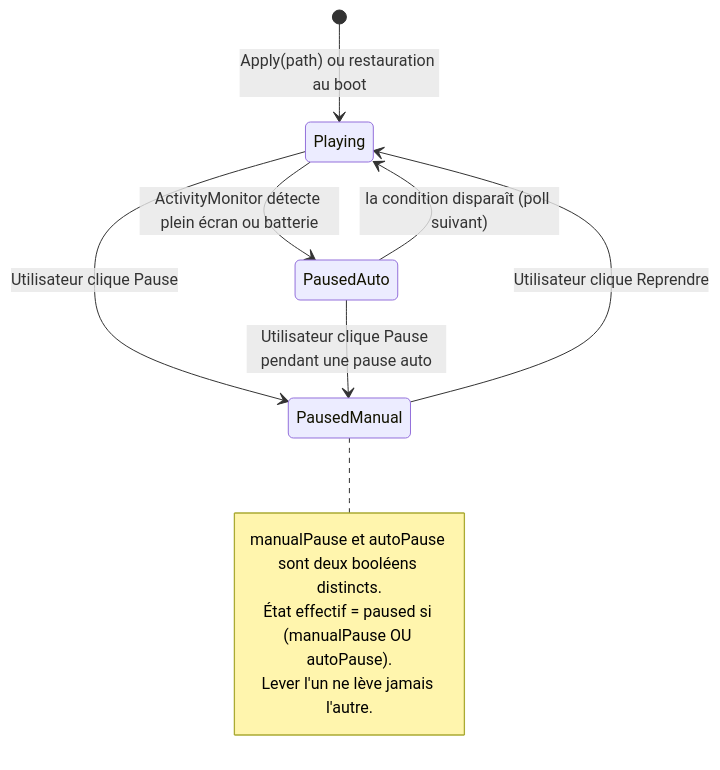
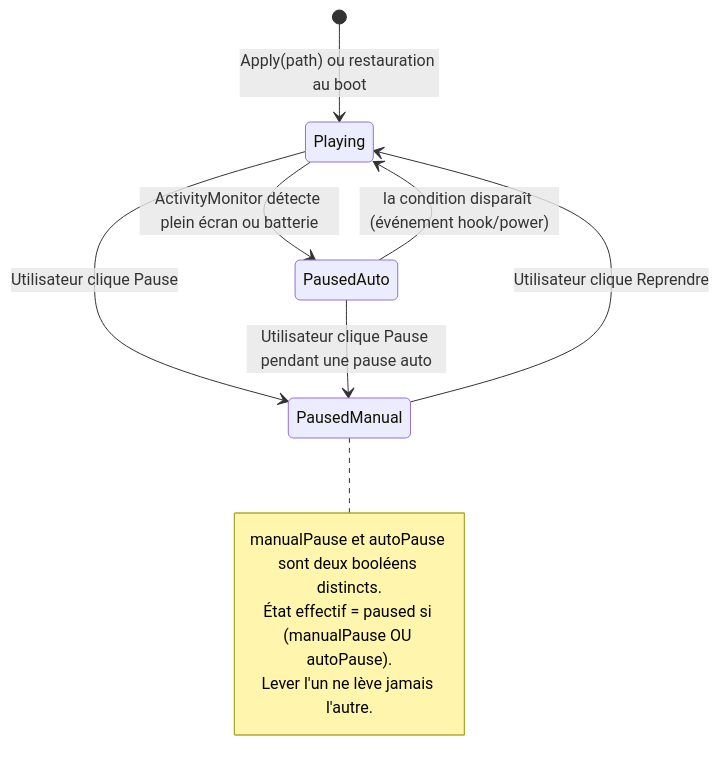
One commit to KevinT78/wallflow changed the second of 5 diagrams in docs/ARCHITECTURE-TECHNIQUE.md. Above: the diagram before and after it, drawn with Mermaid. The commit also changed other lines of this file and 2 other files, not shown here.

````diff
--- a/docs/ARCHITECTURE-TECHNIQUE.md
+++ b/docs/ARCHITECTURE-TECHNIQUE.md
@@ -133,14 +159,14 @@
 ```mermaid
 stateDiagram-v2
     [*] --> Playing : Apply(path) ou restauration au boot
     Playing --> PausedAuto : ActivityMonitor détecte plein écran ou batterie
-    PausedAuto --> Playing : la condition disparaît (poll suivant)
+    PausedAuto --> Playing : la condition disparaît (événement hook/power)
     Playing --> PausedManual : Utilisateur clique Pause
     PausedManual --> Playing : Utilisateur clique Reprendre
     PausedAuto --> PausedManual : Utilisateur clique Pause pendant une pause auto
     note right of PausedManual
         manualPause et autoPause sont deux booléens distincts.
         État effectif = paused si (manualPause OU autoPause).
         Lever l'un ne lève jamais l'autre.
     end note
 ```
````
